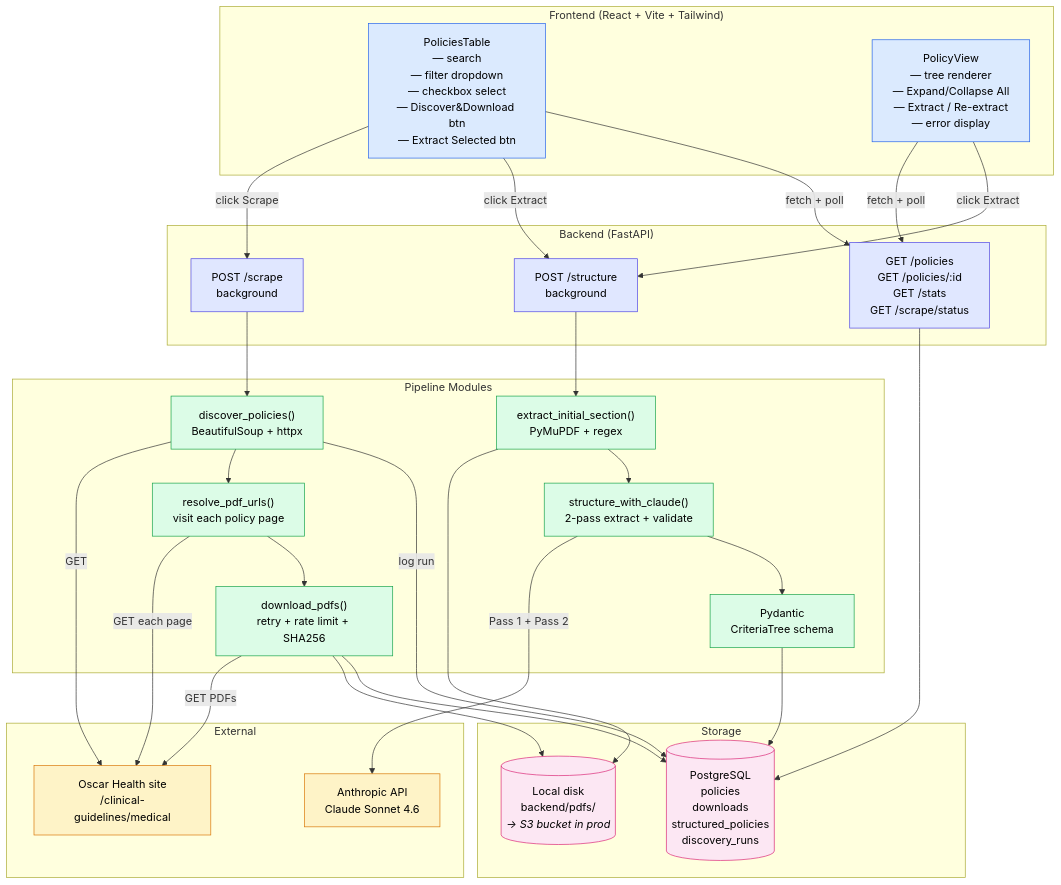
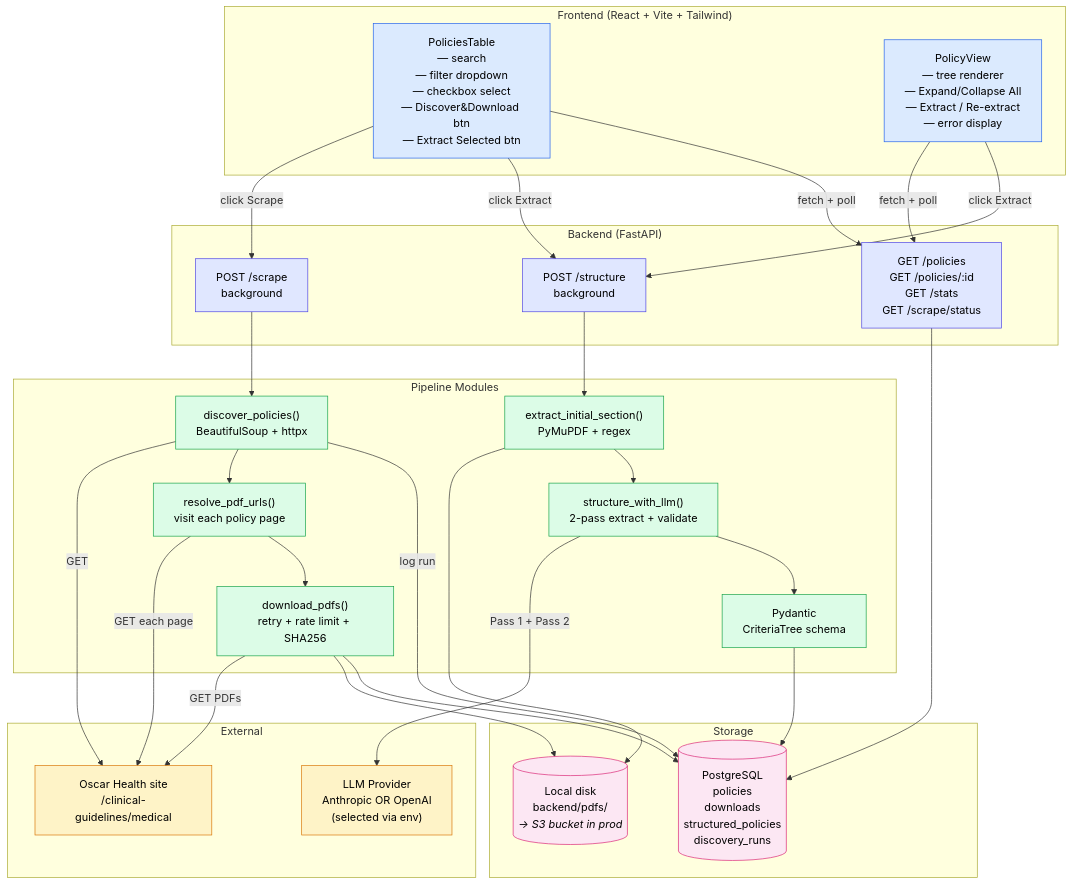
Before and after one commit to uynphm/assessment: the first of 4 diagrams in SYSTEM_DESIGN.md, drawn with Mermaid. The commit also changed other lines of this file, not shown here.

````diff
--- a/SYSTEM_DESIGN.md
+++ b/SYSTEM_DESIGN.md
@@ -5,73 +5,73 @@
 ```mermaid
 flowchart TB
     subgraph External["External"]
         Oscar["Oscar Health site<br/>/clinical-guidelines/medical"]
-        Anthropic["Anthropic API<br/>Claude Sonnet 4.6"]
+        LLMAPI["LLM Provider<br/>Anthropic OR OpenAI<br/>(selected via env)"]
     end
 
     subgraph UI["Frontend (React + Vite + Tailwind)"]
         PoliciesTable["PoliciesTable<br/>— search<br/>— filter dropdown<br/>— checkbox select<br/>— Discover&Download btn<br/>— Extract Selected btn"]
         PolicyView["PolicyView<br/>— tree renderer<br/>— Expand/Collapse All<br/>— Extract / Re-extract<br/>— error display"]
     end
 
     subgraph API["Backend (FastAPI)"]
         Scrape["POST /scrape<br/>background"]
         Structure["POST /structure<br/>background"]
         ListAPI["GET /policies<br/>GET /policies/:id<br/>GET /stats<br/>GET /scrape/status"]
     end
 
     subgraph Pipeline["Pipeline Modules"]
         Discover["discover_policies()<br/>BeautifulSoup + httpx"]
         Resolve["resolve_pdf_urls()<br/>visit each policy page"]
         Download["download_pdfs()<br/>retry + rate limit + SHA256"]
         Extract["extract_initial_section()<br/>PyMuPDF + regex"]
-        LLM["structure_with_claude()<br/>2-pass extract + validate"]
+        LLM["structure_with_llm()<br/>2-pass extract + validate"]
         Validate["Pydantic<br/>CriteriaTree schema"]
     end
 
     subgraph Storage["Storage"]
         Postgres[("PostgreSQL<br/>policies<br/>downloads<br/>structured_policies<br/>discovery_runs")]
         Disk[("Local disk<br/>backend/pdfs/<br/><i>→ S3 bucket in prod</i>")]
     end
 
     %% Frontend → API
     PoliciesTable -->|click Scrape| Scrape
     PoliciesTable -->|click Extract| Structure
     PoliciesTable -->|fetch + poll| ListAPI
     PolicyView -->|fetch + poll| ListAPI
     PolicyView -->|click Extract| Structure
 
     %% Scrape flow
     Scrape --> Discover
     Discover -->|GET| Oscar
     Discover --> Resolve
     Resolve -->|GET each page| Oscar
     Resolve --> Download
     Download -->|GET PDFs| Oscar
     Download --> Disk
     Download --> Postgres
     Discover -->|log run| Postgres
 
     %% Structure flow
     Structure --> Extract
     Extract --> Disk
     Extract --> LLM
-    LLM -->|Pass 1 + Pass 2| Anthropic
+    LLM -->|Pass 1 + Pass 2| LLMAPI
     LLM --> Validate
     Validate --> Postgres
 
     %% API reads
     ListAPI --> Postgres
 
     classDef external fill:#fef3c7,stroke:#d97706,color:#000
     classDef ui fill:#dbeafe,stroke:#2563eb,color:#000
     classDef api fill:#e0e7ff,stroke:#4f46e5,color:#000
     classDef pipeline fill:#dcfce7,stroke:#16a34a,color:#000
     classDef storage fill:#fce7f3,stroke:#db2777,color:#000
 
-    class Oscar,Anthropic external
+    class Oscar,LLMAPI external
     class PoliciesTable,PolicyView ui
     class Scrape,Structure,ListAPI api
     class Discover,Resolve,Download,Extract,LLM,Validate pipeline
     class Postgres,Disk storage
 ```
````
